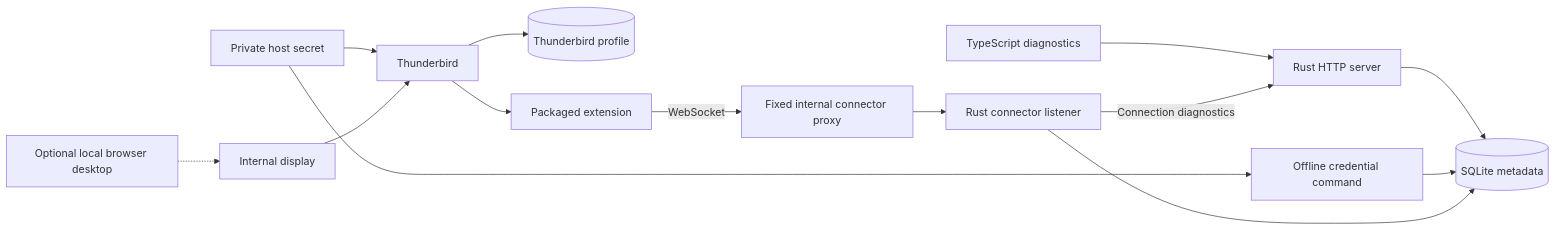
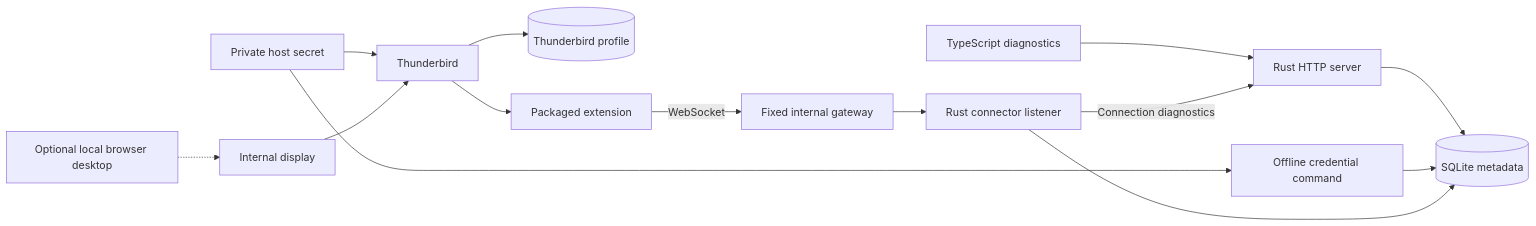
The diagram in docs/reference/architecture.md (woswos/raicho), drawn with Mermaid before and after one commit. The commit also changed other lines of this file and 96 other files, not shown here.

````diff
--- a/docs/reference/architecture.md
+++ b/docs/reference/architecture.md
@@ -55,16 +60,16 @@
 ```mermaid
 flowchart LR
     Browser[TypeScript diagnostics] --> Server[Rust HTTP server]
     Server --> State[(SQLite metadata)]
     Provisioner[Offline credential command] --> State
     Secret[Private host secret] --> Provisioner
     Secret --> Thunderbird
     Admin[Optional local browser desktop] -.-> Display[Internal display]
     Display --> Thunderbird[Thunderbird]
     Thunderbird --> Profile[(Thunderbird profile)]
     Thunderbird --> Extension[Packaged extension]
-    Extension -->|WebSocket| Proxy[Fixed internal connector proxy]
-    Proxy --> Listener[Rust connector listener]
+    Extension -->|WebSocket| Gateway[Fixed internal gateway]
+    Gateway --> Listener[Rust connector listener]
     Listener --> State
     Listener -->|Connection diagnostics| Server
 ```
````
